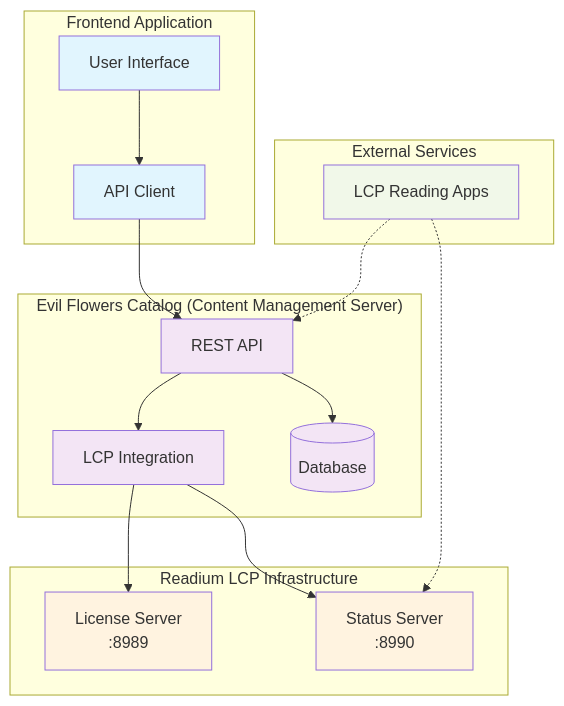
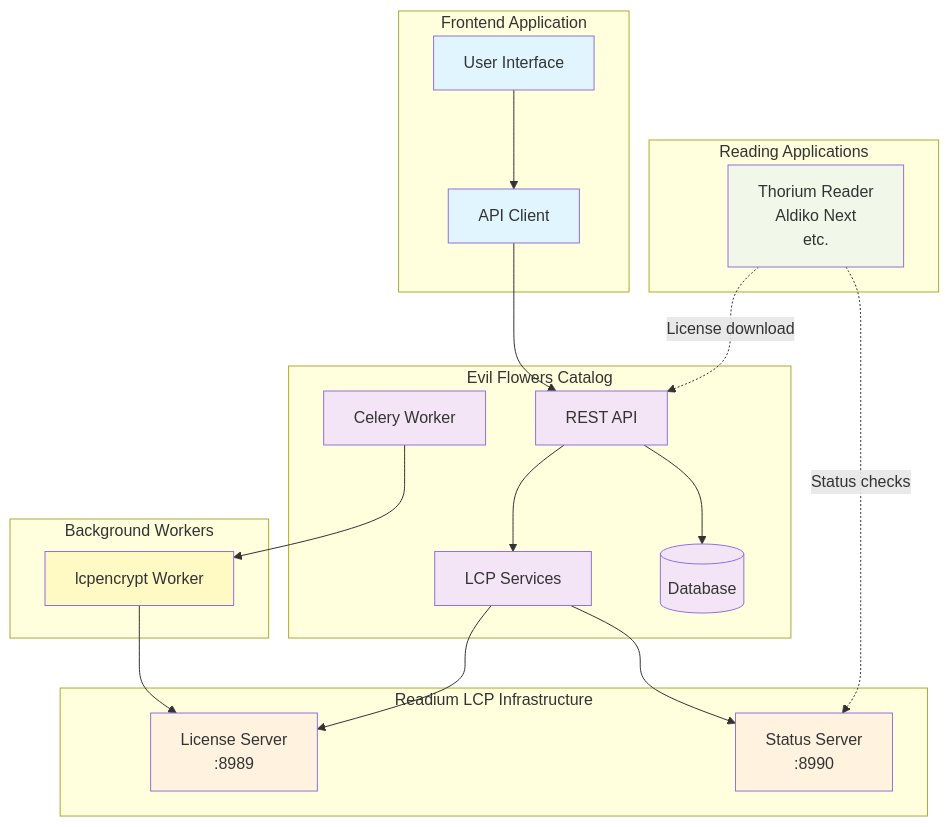
Before and after one commit to EvilFlowersCatalog/EvilFlowersCatalog: the first of 3 diagrams in docs/readium/frontend-integration-guide.md, drawn with Mermaid. The commit also changed other lines of this file and 1 other file, not shown here.

Commit message:
Remove `REFACTORING_PLAN.md` and update `frontend-integration-guide.md` to reflect recent LCP refactoring

````diff
--- a/docs/readium/frontend-integration-guide.md
+++ b/docs/readium/frontend-integration-guide.md
@@ -16,42 +17,51 @@
 ```mermaid
 graph TB
     subgraph "Frontend Application"
         UI[User Interface]
         API[API Client]
     end
-    
-    subgraph "Evil Flowers Catalog (Content Management Server)"
+
+    subgraph "Evil Flowers Catalog"
         REST[REST API]
-        LCP[LCP Integration]
+        LCP[LCP Services]
         DB[(Database)]
+        Worker[Celery Worker]
     end
-    
+
+    subgraph "Background Workers"
+        Encrypt[lcpencrypt Worker]
+    end
+
     subgraph "Readium LCP Infrastructure"
         LS[License Server<br/>:8989]
         SS[Status Server<br/>:8990]
     end
-    
-    subgraph "External Services"
-        Reader[LCP Reading Apps]
+
+    subgraph "Reading Applications"
+        Reader[Thorium Reader<br/>Aldiko Next<br/>etc.]
     end
-    
+
     UI --> API
     API --> REST
     REST --> LCP
+    REST --> DB
+    Worker --> Encrypt
+    Encrypt --> LS
     LCP --> LS
     LCP --> SS
-    REST --> DB
-    
-    Reader -.-> SS
-    Reader -.-> REST
-    
+
+    Reader -.->|Status checks| SS
+    Reader -.->|License download| REST
+
     classDef frontend fill:#e1f5fe
-    classDef cms fill:#f3e5f5
+    classDef catalog fill:#f3e5f5
+    classDef workers fill:#fff9c4
     classDef lcp fill:#fff3e0
-    classDef external fill:#f1f8e9
-    
+    classDef reader fill:#f1f8e9
+
     class UI,API frontend
-    class REST,LCP,DB cms
+    class REST,LCP,DB,Worker catalog
+    class Encrypt workers
     class LS,SS lcp
-    class Reader external
+    class Reader reader
 ```
````
